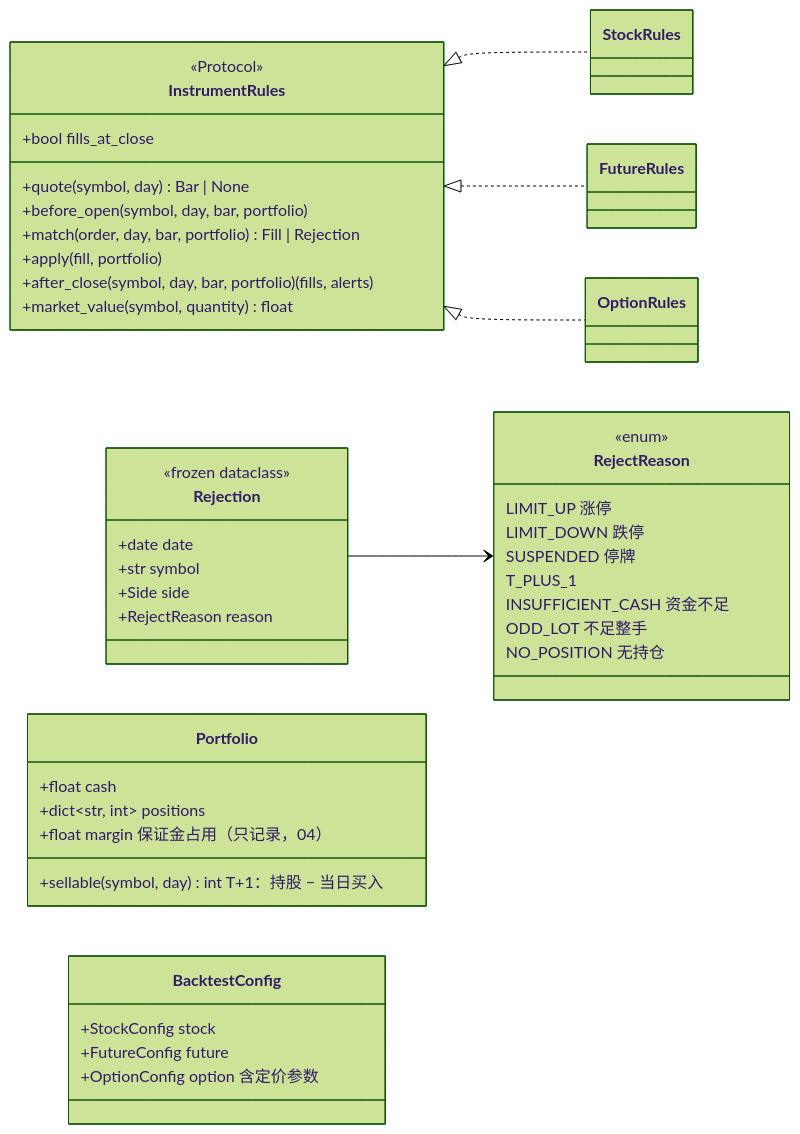
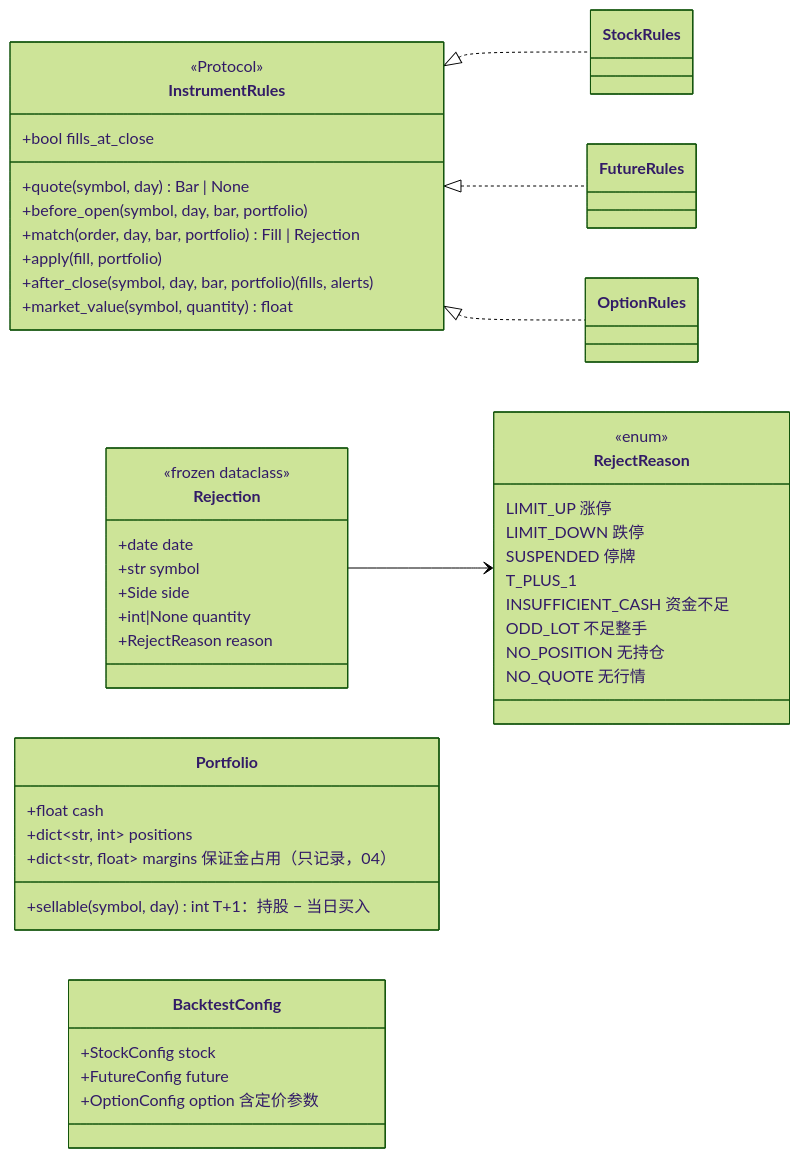
Before and after one commit to guevara12345/quant: the second of 8 diagrams in docs/design.md, drawn with Mermaid (forest theme). The commit also changed other lines of this file and 1 other file, not shown here.

Commit message:
docs: 同步代码导读与设计文档到当前代码
- 导读：更新 cli.py、stock.py 折行后偏移的源码行号；代码量改为约 2,600 行；
  依赖图补上 dataqa；InstrumentRules 成员数改为七个；§8.2 快照改为步骤 5；
  补全 akshare 缓存目录、对冲流程中 lots > 0 与无行情分支、510500 联网测试
- 设计文档：类图补 Rejection.quantity、RejectReason.NO_QUOTE，margin 改为 margins；
  架构图 BacktestResult 补 alerts

````diff
--- a/docs/design.md
+++ b/docs/design.md
@@ -100,52 +100,54 @@
 ```mermaid
 classDiagram
     direction LR
     class InstrumentRules {
         <<Protocol>>
         +bool fills_at_close
         +quote(symbol, day) Bar | None
         +before_open(symbol, day, bar, portfolio)
         +match(order, day, bar, portfolio) Fill | Rejection
         +apply(fill, portfolio)
         +after_close(symbol, day, bar, portfolio) (fills, alerts)
         +market_value(symbol, quantity) float
     }
     class StockRules
     class FutureRules
     class OptionRules
     InstrumentRules <|.. StockRules
     InstrumentRules <|.. FutureRules
     InstrumentRules <|.. OptionRules
 
     class Rejection {
         <<frozen dataclass>>
         +date date
         +str symbol
         +Side side
+        +int|None quantity
         +RejectReason reason
     }
     class RejectReason {
         <<enum>>
         LIMIT_UP 涨停
         LIMIT_DOWN 跌停
         SUSPENDED 停牌
         T_PLUS_1
         INSUFFICIENT_CASH 资金不足
         ODD_LOT 不足整手
         NO_POSITION 无持仓
+        NO_QUOTE 无行情
     }
     Rejection --> RejectReason
 
     class Portfolio {
         +float cash
         +dict~str, int~ positions
         +sellable(symbol, day) int  T+1：持股 − 当日买入
-        +float margin  保证金占用（只记录，04）
+        +dict~str, float~ margins  保证金占用（只记录，04）
     }
 
     class BacktestConfig {
         +StockConfig stock
         +FutureConfig future
         +OptionConfig option  含定价参数
     }
 ```
````
